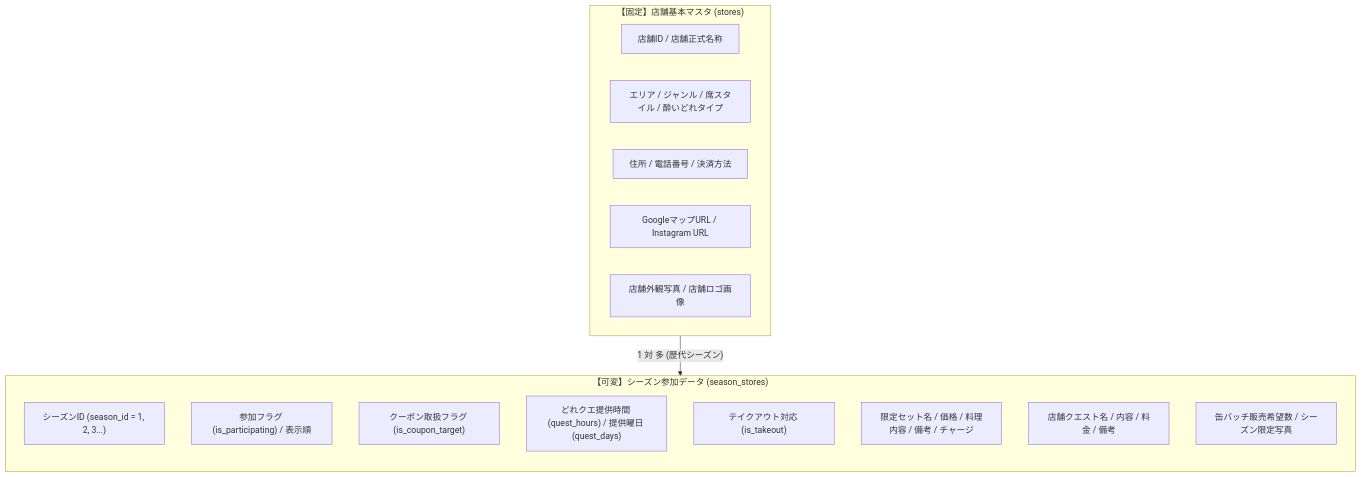
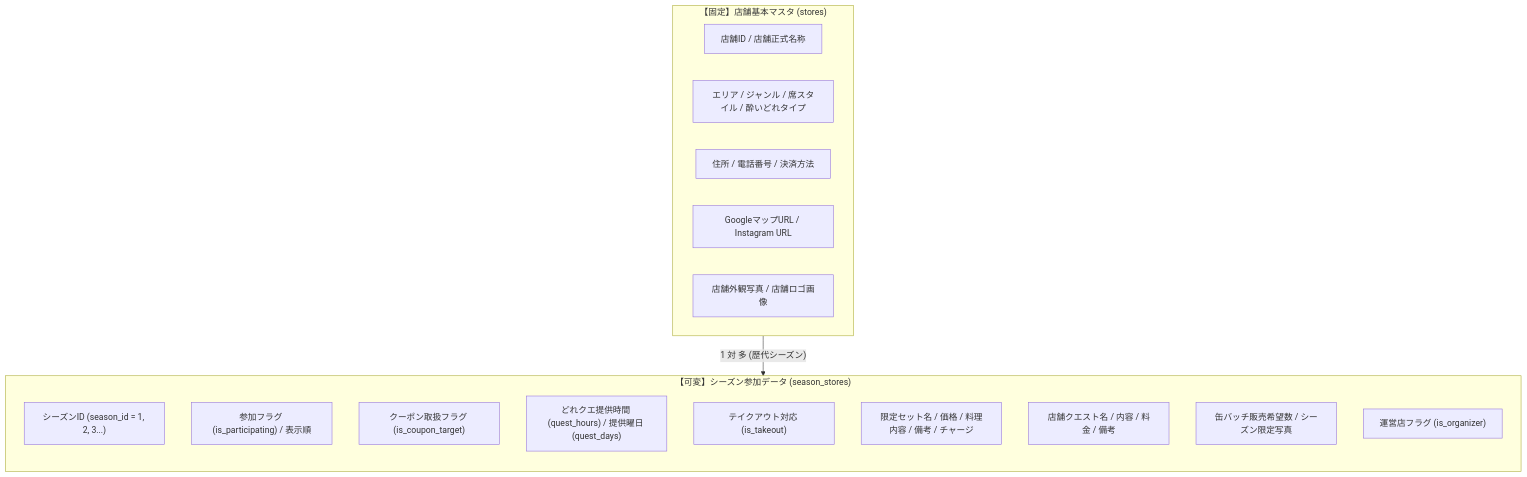
Before and after one commit to taishoyoidore-ui/yoidore-quest2: the fourth of 5 diagrams in SPECIFICATION.md, drawn with Mermaid. The commit also changed other lines of this file and 4 other files, not shown here.

````diff
--- a/SPECIFICATION.md
+++ b/SPECIFICATION.md
@@ -270,24 +266,25 @@
 ```mermaid
 flowchart TD
     subgraph Layer1["【固定】店舗基本マスタ (stores)"]
         S1["店舗ID / 店舗正式名称"]
         S2["エリア / ジャンル / 席スタイル / 酔いどれタイプ"]
         S3["住所 / 電話番号 / 決済方法"]
         S4["GoogleマップURL / Instagram URL"]
         S5["店舗外観写真 / 店舗ロゴ画像"]
     end
 
     subgraph Layer2["【可変】シーズン参加データ (season_stores)"]
         direction TB
         SS1["シーズンID (season_id = 1, 2, 3...)"]
         SS2["参加フラグ (is_participating) / 表示順"]
         SS3["クーポン取扱フラグ (is_coupon_target)"]
         SS4["どれクエ提供時間 (quest_hours) / 提供曜日 (quest_days)"]
         SS5["テイクアウト対応 (is_takeout)"]
         SS6["限定セット名 / 価格 / 料理内容 / 備考 / チャージ"]
         SS7["店舗クエスト名 / 内容 / 料金 / 備考"]
         SS8["缶バッチ販売希望数 / シーズン限定写真"]
+        SS9["運営店フラグ (is_organizer)"]
     end
 
     Layer1 -->|"1 対 多 (歴代シーズン)"| Layer2
 ```
````
